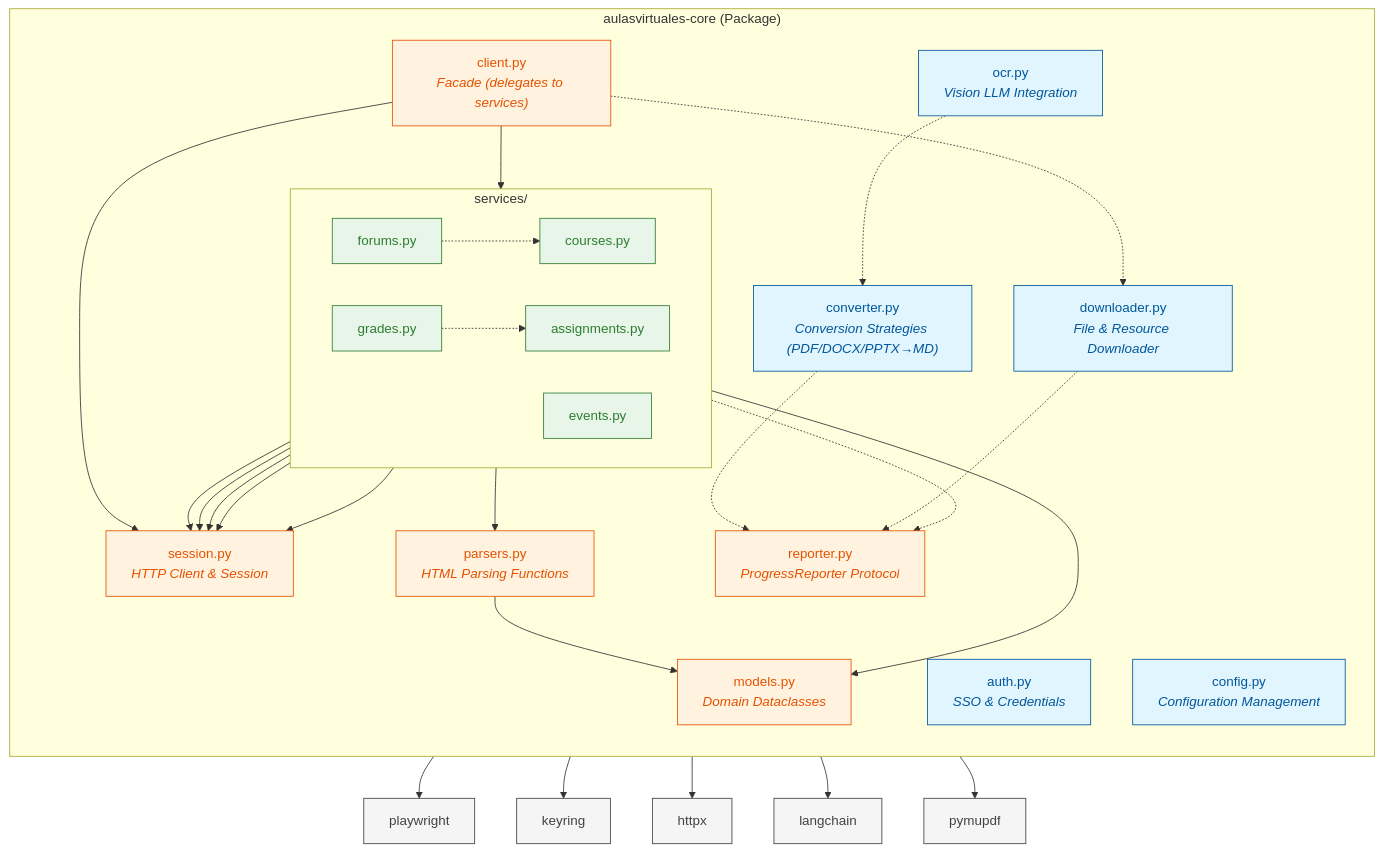
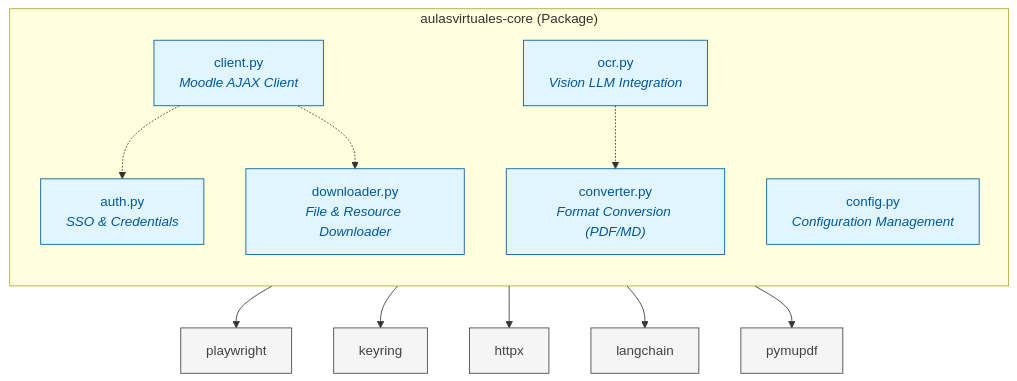
The diagram in docs/architecture/package_diagram.mmd (alexFiorenza/aulasvirtuales-toolkit), drawn with Mermaid before and after one commit. The commit also changed 4 other files, not shown here.

Commit message:
docs: add project documentation with ADRs, architecture diagrams, and PRD

```diff
--- a/docs/architecture/package_diagram.mmd
+++ b/docs/architecture/package_diagram.mmd
@@ -1,75 +1,35 @@
 graph TB
     subgraph core["aulasvirtuales-core (Package)"]
         direction TB
-
+        
         auth["auth.py<br/><i>SSO & Credentials</i>"]
+        client["client.py<br/><i>Moodle AJAX Client</i>"]
         config["config.py<br/><i>Configuration Management</i>"]
-        conv["converter.py<br/><i>Conversion Strategies (PDF/DOCX/PPTX→MD)</i>"]
+        conv["converter.py<br/><i>Format Conversion (PDF/MD)</i>"]
         down["downloader.py<br/><i>File & Resource Downloader</i>"]
         ocr["ocr.py<br/><i>Vision LLM Integration</i>"]
 
-        models["models.py<br/><i>Domain Dataclasses</i>"]
-        parsers["parsers.py<br/><i>HTML Parsing Functions</i>"]
-        session["session.py<br/><i>HTTP Client & Session</i>"]
-        reporter["reporter.py<br/><i>ProgressReporter Protocol</i>"]
-        client["client.py<br/><i>Facade (delegates to services)</i>"]
-
-        subgraph services["services/"]
-            direction LR
-            courses["courses.py"]
-            forums["forums.py"]
-            events["events.py"]
-            grades["grades.py"]
-            assignments["assignments.py"]
-        end
-
-        %% Facade → Services
-        client --> session
-        client --> services
-
-        %% Services → Infrastructure
-        courses --> session
-        forums --> session
-        forums -.-> courses
-        events --> session
-        grades --> session
-        grades -.-> assignments
-        assignments --> session
-
-        %% Services → Parsers & Models
-        services --> parsers
-        services --> models
-        parsers --> models
-
-        %% Reporter (observer pattern)
-        conv -.-> reporter
-        down -.-> reporter
-        services -.-> reporter
-
-        %% Other internal
+        %% Internal Relationships
+        client -.-> down
         ocr -.-> conv
-        client -.-> down
+        client -.-> auth
     end
 
-    %% External Dependencies
+    %% External Dependencies (Keep only the direct mapping)
     playwright["playwright"]
     httpx["httpx"]
     keyring["keyring"]
     langchain["langchain"]
 
     auth --> playwright
     auth --> keyring
-    session --> httpx
+    client --> httpx
     ocr --> langchain
     conv --> pymupdf["pymupdf"]
 
     %% Styling
     classDef pkgStyle fill:#e1f5fe,stroke:#01579b,color:#01579b
-    classDef svcStyle fill:#e8f5e9,stroke:#2e7d32,color:#2e7d32
-    classDef newStyle fill:#fff3e0,stroke:#e65100,color:#e65100
     classDef extStyle fill:#f5f5f5,stroke:#424242,color:#424242
 
-    class auth,config,conv,down,ocr pkgStyle
-    class courses,forums,events,grades,assignments svcStyle
-    class models,parsers,session,client,reporter newStyle
+    class auth,client,config,conv,down,ocr pkgStyle
     class playwright,httpx,keyring,langchain,pymupdf extStyle
```
